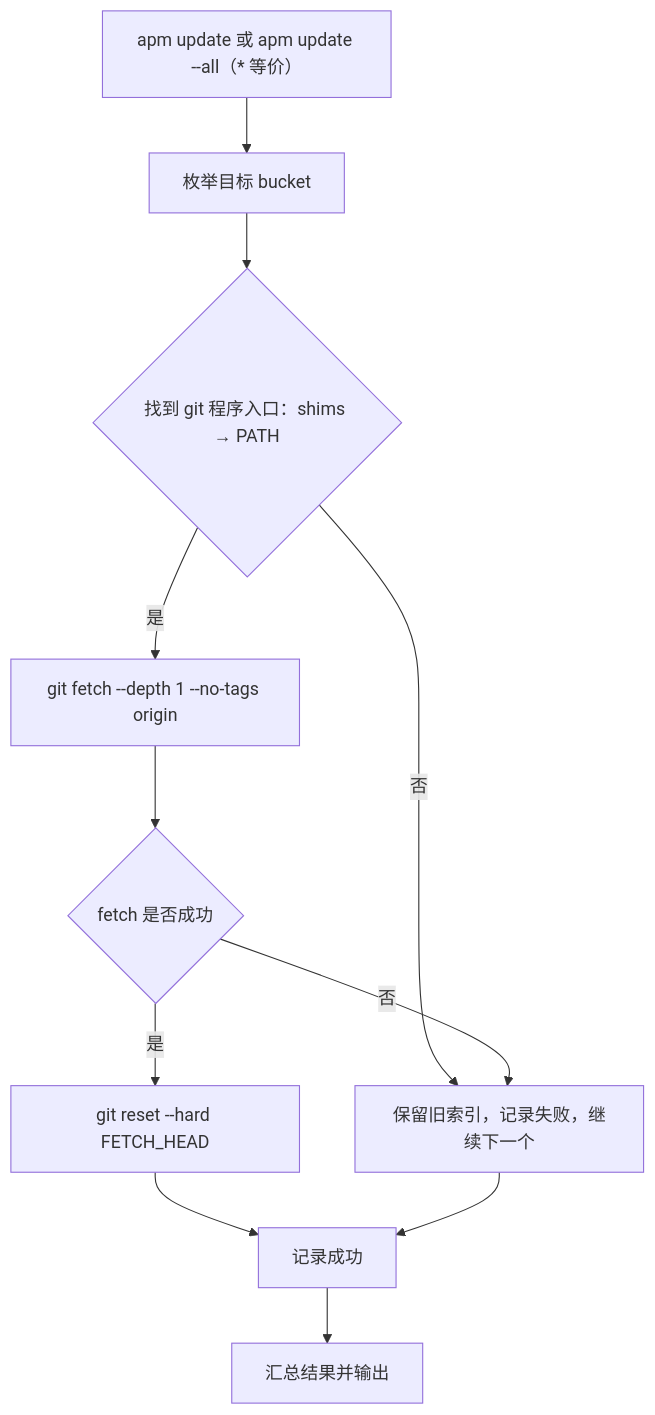
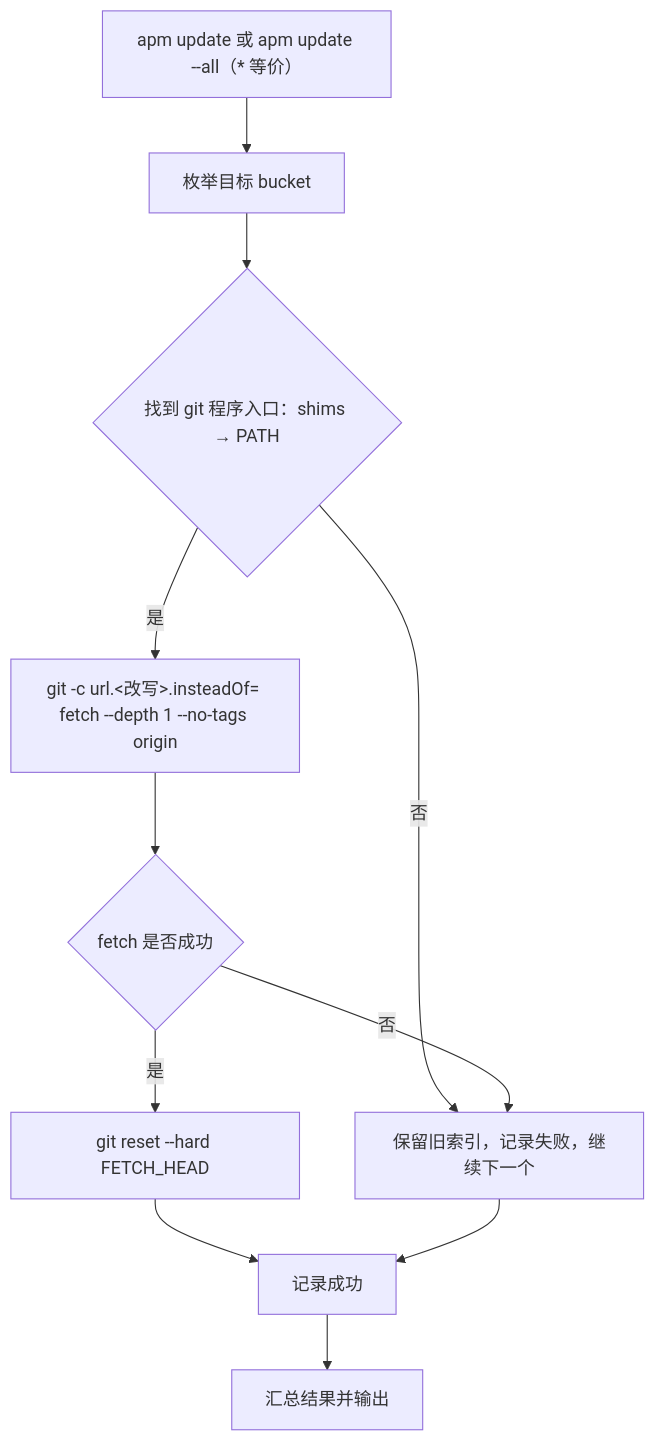
The third of 14 diagrams in docs/design.md (Adrts/APM), drawn with Mermaid before and after one commit. The commit also changed other lines of this file and 5 other files, not shown here.

````diff
--- a/docs/design.md
+++ b/docs/design.md
@@ -883,13 +884,13 @@
 ```mermaid
 flowchart TD
     A["apm update 或 apm update --all（* 等价）"] --> B["枚举目标 bucket"]
     B --> B0{"找到 git 程序入口：shims → PATH"}
     B0 -->|"否"| F["保留旧索引，记录失败，继续下一个"]
-    B0 -->|"是"| C["git fetch --depth 1 --no-tags origin"]
+    B0 -->|"是"| C["git -c url.<改写>.insteadOf=<origin> fetch --depth 1 --no-tags origin"]
     C --> D{"fetch 是否成功"}
     D -->|"是"| E["git reset --hard FETCH_HEAD"]
     D -->|"否"| F["保留旧索引，记录失败，继续下一个"]
     E --> G["记录成功"]
     F --> G
     G --> H["汇总结果并输出"]
 ```
````
